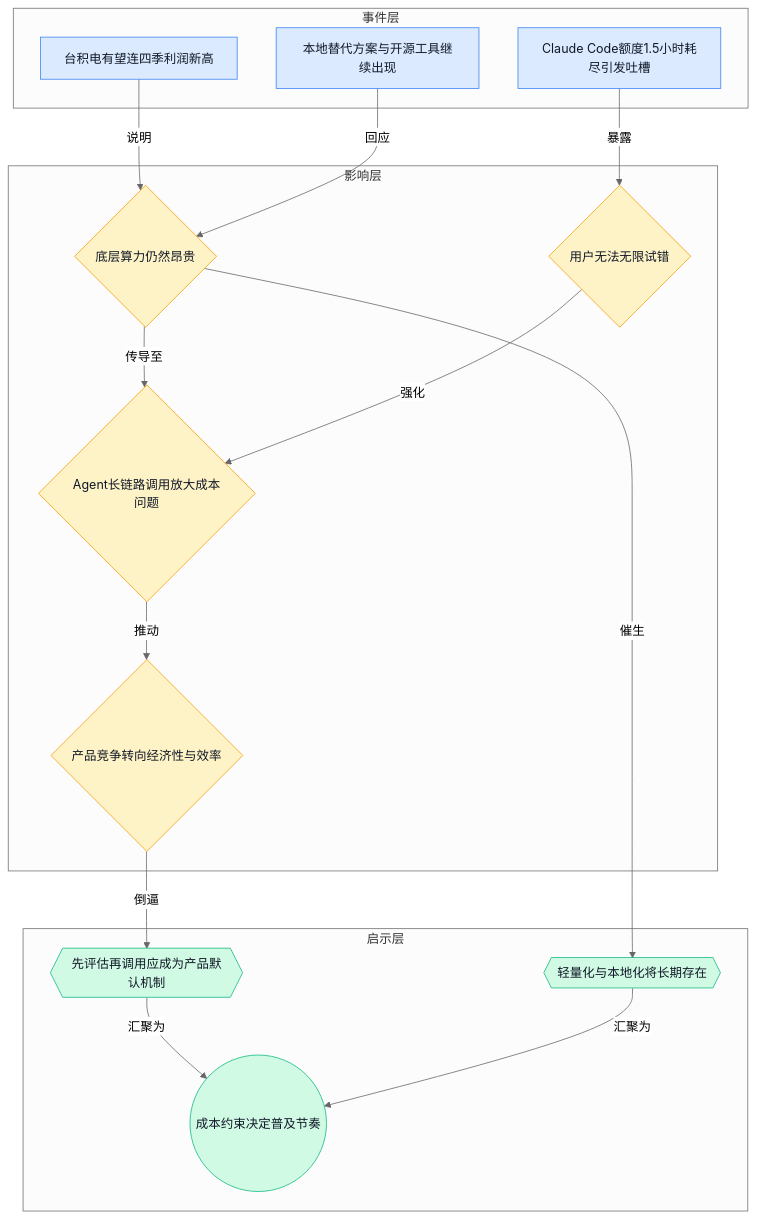
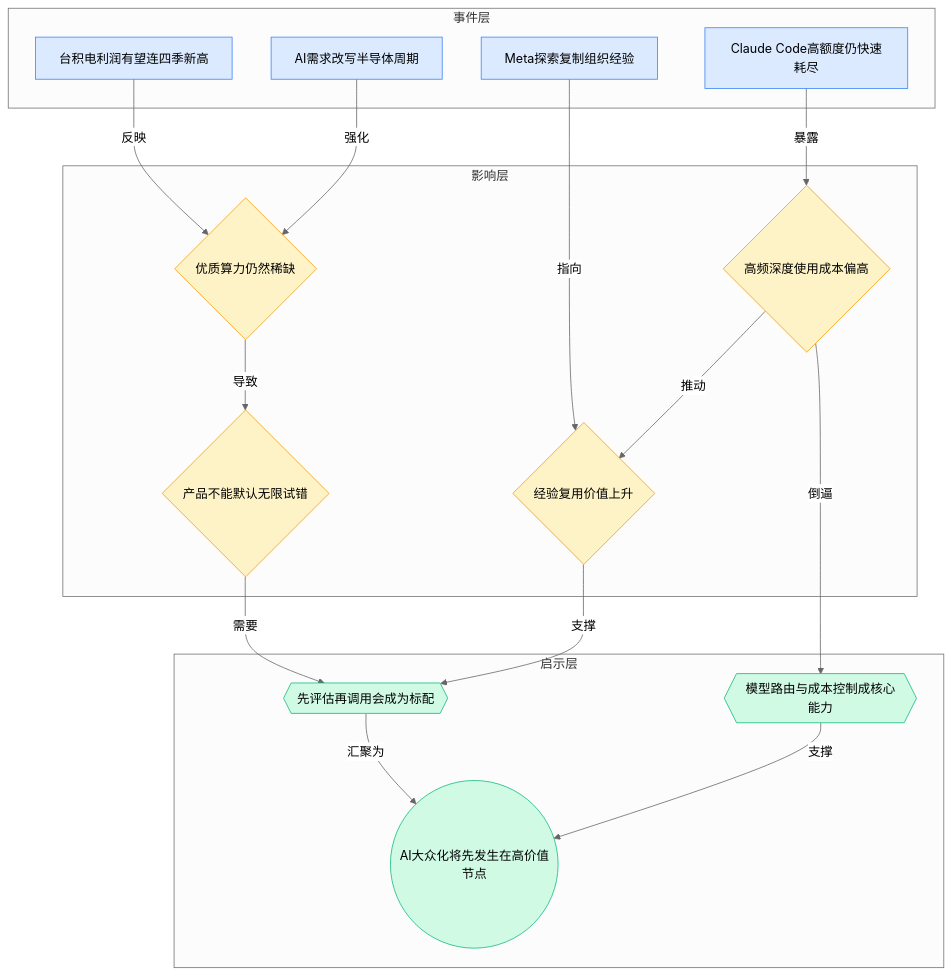
One commit to ylzsdafei/ai-daily-site changed the third of 4 diagrams in content/cn/blog/weekly/2026-W16.md. Above: the diagram before and after it, drawn with Mermaid (neutral theme). The commit also changed other lines of this file and 1 other file, not shown here.

Commit message:
feat: CB Insights 风格趋势全景图 + 更新大字报

````diff
--- a/content/cn/blog/weekly/2026-W16.md
+++ b/content/cn/blog/weekly/2026-W16.md
@@ -119,36 +131,41 @@
 ```mermaid
 graph TD
-  classDef event fill:#dbeafe,stroke:#3b82f6,color:#111827;
-  classDef impact fill:#fef3c7,stroke:#f59e0b,color:#111827;
-  classDef insight fill:#d1fae5,stroke:#10b981,color:#111827;
-
   subgraph 事件层
-    A[台积电有望连四季利润新高]:::event
-    B[Claude Code额度1.5小时耗尽引发吐槽]:::event
-    C[本地替代方案与开源工具继续出现]:::event
+    A[台积电利润有望连四季新高]
+    B[AI需求改写半导体周期]
+    C[Claude Code高额度仍快速耗尽]
+    D[Meta探索复制组织经验]
   end
 
   subgraph 影响层
-    D{底层算力仍然昂贵}:::impact
-    E{用户无法无限试错}:::impact
-    F{Agent长链路调用放大成本问题}:::impact
-    G{产品竞争转向经济性与效率}:::impact
+    E{优质算力仍然稀缺}
+    F{高频深度使用成本偏高}
+    G{产品不能默认无限试错}
+    H{经验复用价值上升}
   end
 
   subgraph 启示层
-    H{{先评估再调用应成为产品默认机制}}:::insight
-    I{{轻量化与本地化将长期存在}}:::insight
-    J((成本约束决定普及节奏)):::insight
+    I{{先评估再调用会成为标配}}
+    J{{模型路由与成本控制成核心能力}}
+    K((AI大众化将先发生在高价值节点))
   end
 
-  A -- 说明 --> D
-  B -- 暴露 --> E
-  C -- 回应 --> D
-  D -- 传导至 --> F
-  E -- 强化 --> F
-  F -- 推动 --> G
-  G -- 倒逼 --> H
-  D -- 催生 --> I
-  H -- 汇聚为 --> J
-  I -- 汇聚为 --> J
+  A -- 反映 --> E
+  B -- 强化 --> E
+  C -- 暴露 --> F
+  D -- 指向 --> H
+  E -- 导致 --> G
+  F -- 倒逼 --> J
+  G -- 需要 --> I
+  H -- 支撑 --> I
+  I -- 汇聚为 --> K
+  J -- 支撑 --> K
+  F -- 推动 --> H
+
+  classDef event fill:#dbeafe,stroke:#3b82f6;
+  classDef impact fill:#fef3c7,stroke:#f59e0b;
+  classDef insight fill:#d1fae5,stroke:#10b981;
+  class A,B,C,D event;
+  class E,F,G,H impact;
+  class I,J,K insight;
 ```
````
